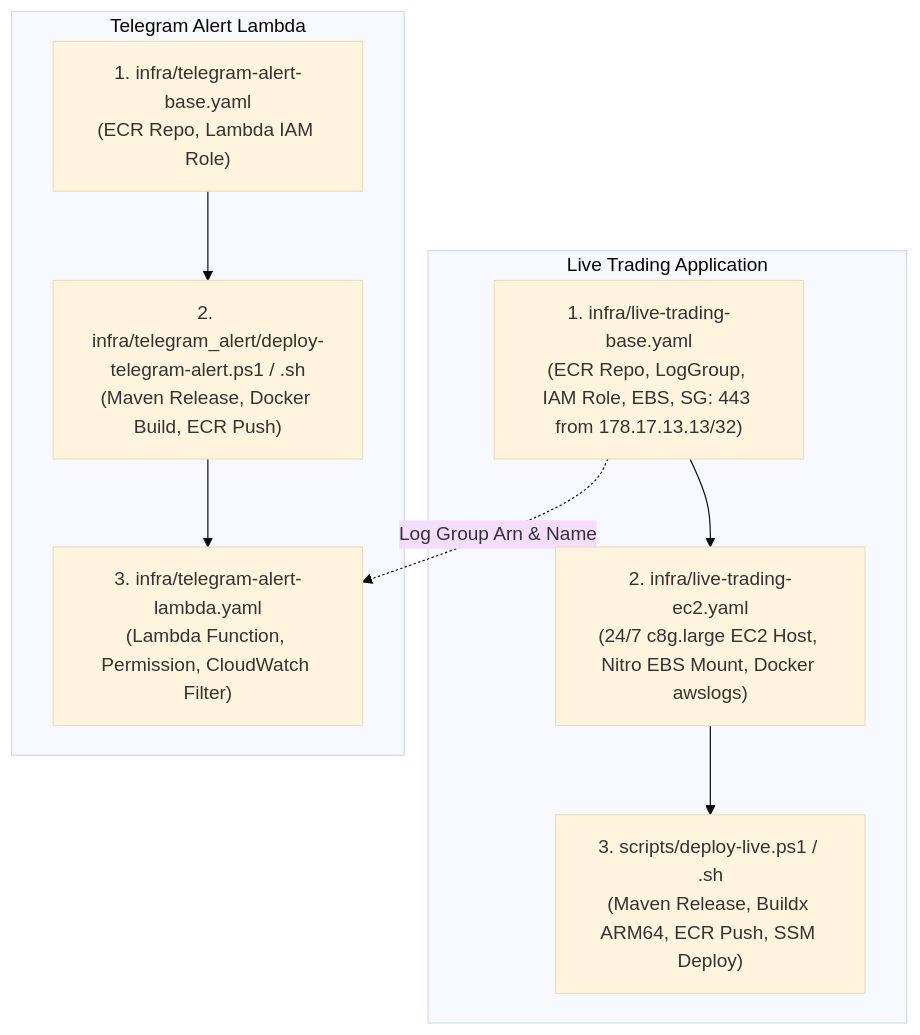
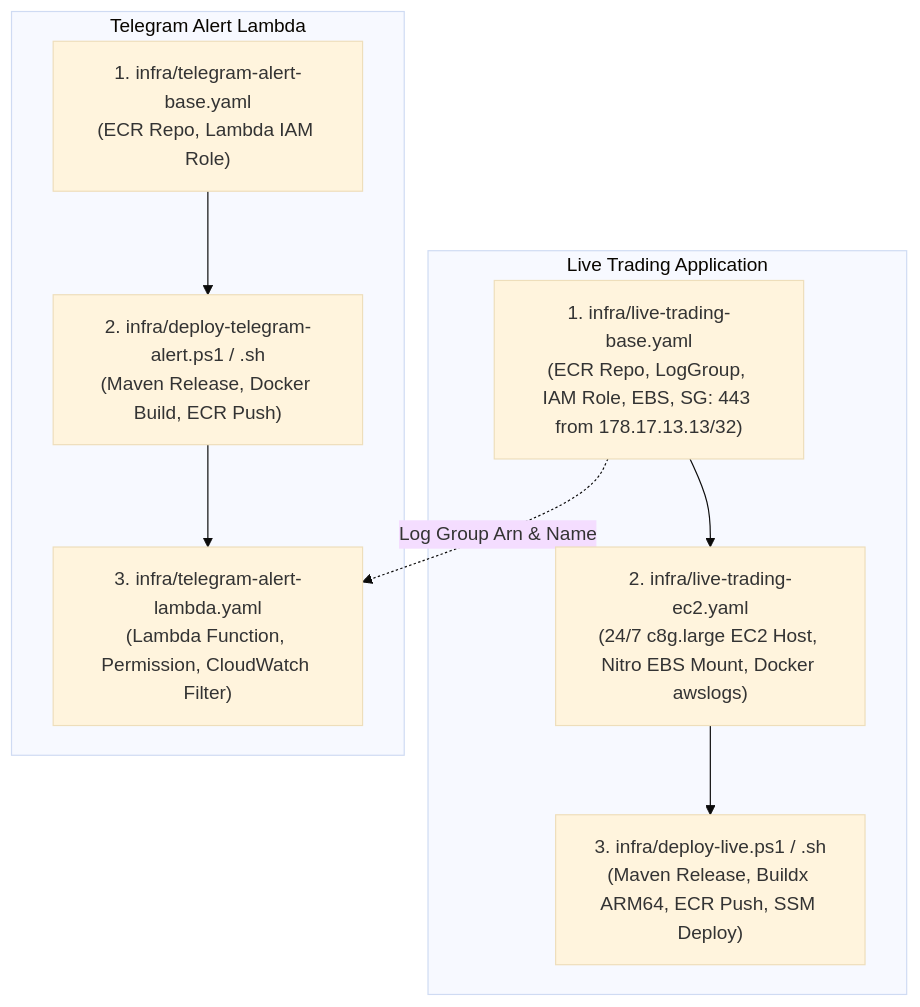
The diagram in DEPLOYMENT.md (amuradon/polymarket-bot), drawn with Mermaid (base theme) before and after one commit. The commit also changed other lines of this file and 4 other files, not shown here.

Commit message:
refactor(infra): relocate deployment scripts to infra directory and update paths

````diff
--- a/DEPLOYMENT.md
+++ b/DEPLOYMENT.md
@@ -13,20 +13,20 @@
 ```mermaid
 flowchart TD
     subgraph LiveTrading["Live Trading Application"]
         LT_Base["1. infra/live-trading-base.yaml<br/>(ECR Repo, LogGroup, IAM Role, EBS, SG: 443 from 178.17.13.13/32)"]
         LT_EC2["2. infra/live-trading-ec2.yaml<br/>(24/7 c8g.large EC2 Host, Nitro EBS Mount, Docker awslogs)"]
-        LT_Script["3. scripts/deploy-live.ps1 / .sh<br/>(Maven Release, Buildx ARM64, ECR Push, SSM Deploy)"]
+        LT_Script["3. infra/deploy-live.ps1 / .sh<br/>(Maven Release, Buildx ARM64, ECR Push, SSM Deploy)"]
         LT_Base --> LT_EC2
         LT_EC2 --> LT_Script
     end
 
     subgraph TelegramAlert["Telegram Alert Lambda"]
         TA_Base["1. infra/telegram-alert-base.yaml<br/>(ECR Repo, Lambda IAM Role)"]
-        TA_Script["2. infra/telegram_alert/deploy-telegram-alert.ps1 / .sh<br/>(Maven Release, Docker Build, ECR Push)"]
+        TA_Script["2. infra/deploy-telegram-alert.ps1 / .sh<br/>(Maven Release, Docker Build, ECR Push)"]
         TA_Lambda["3. infra/telegram-alert-lambda.yaml<br/>(Lambda Function, Permission, CloudWatch Filter)"]
         TA_Base --> TA_Script
         TA_Script --> TA_Lambda
     end
 
     LT_Base -.->|Log Group Arn & Name| TA_Lambda
 ```
````
